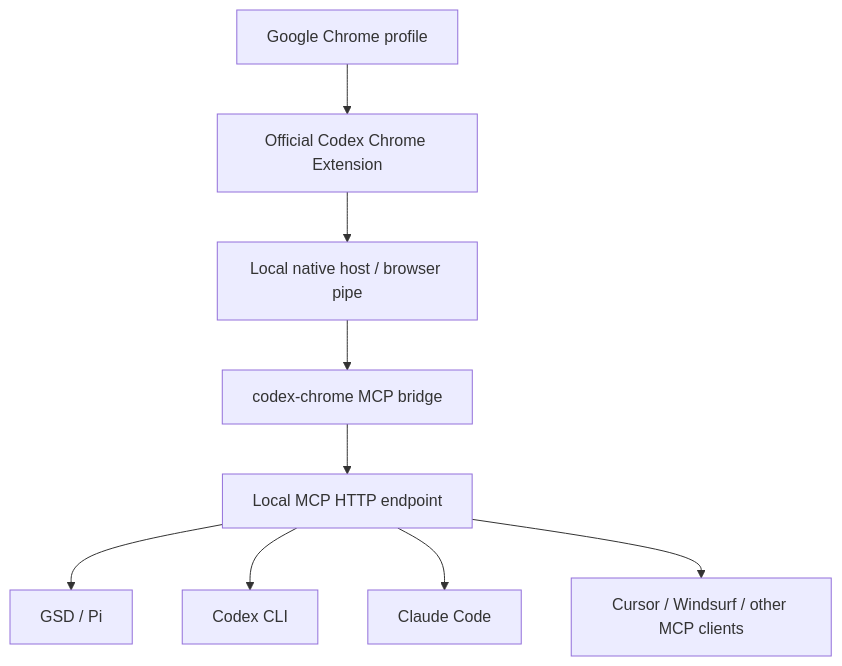
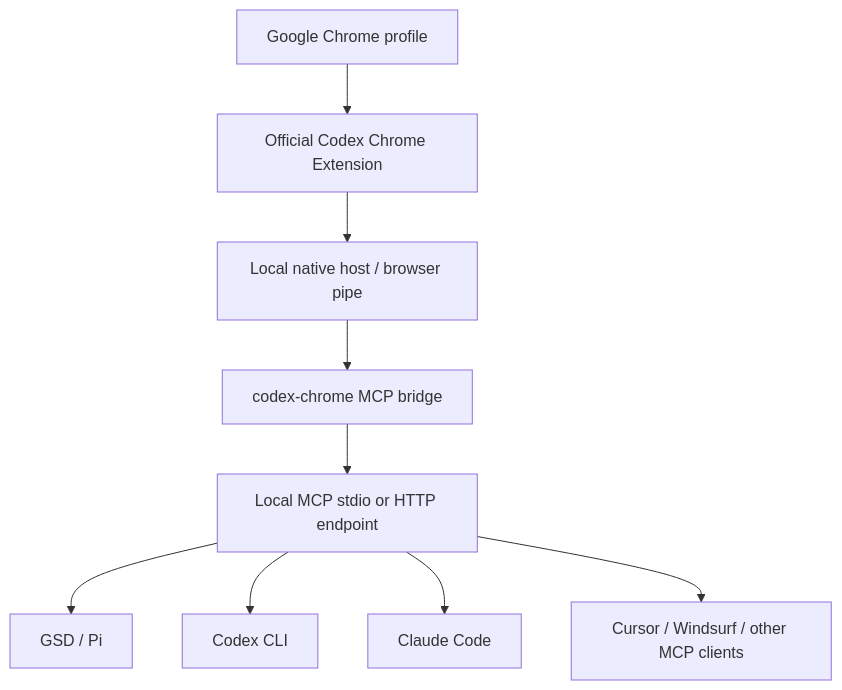
Before and after one commit to bakhtiersizhaev/chromewire-mcp: the first of 2 diagrams in docs/ARCHITECTURE.md, drawn with Mermaid. The commit also changed other lines of this file and 18 other files, not shown here.

````diff
--- a/docs/ARCHITECTURE.md
+++ b/docs/ARCHITECTURE.md
@@ -3,11 +3,11 @@
 ```mermaid
 flowchart TD
     Chrome[Google Chrome profile] --> Ext[Official Codex Chrome Extension]
     Ext --> Native[Local native host / browser pipe]
     Native --> Bridge[codex-chrome MCP bridge]
-    Bridge --> MCP[Local MCP HTTP endpoint]
+    Bridge --> MCP[Local MCP stdio or HTTP endpoint]
     MCP --> GSD[GSD / Pi]
     MCP --> Codex[Codex CLI]
     MCP --> Claude[Claude Code]
     MCP --> Other[Cursor / Windsurf / other MCP clients]
 ```
````
